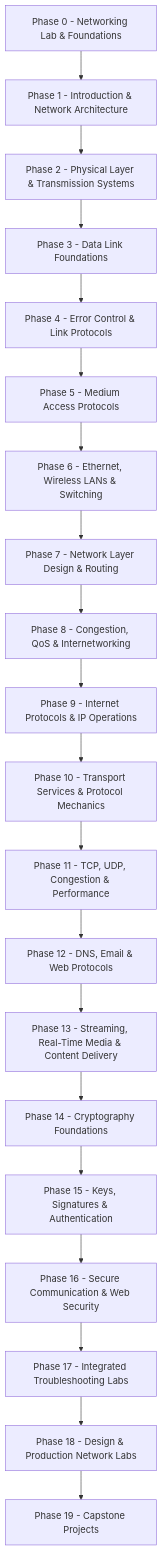
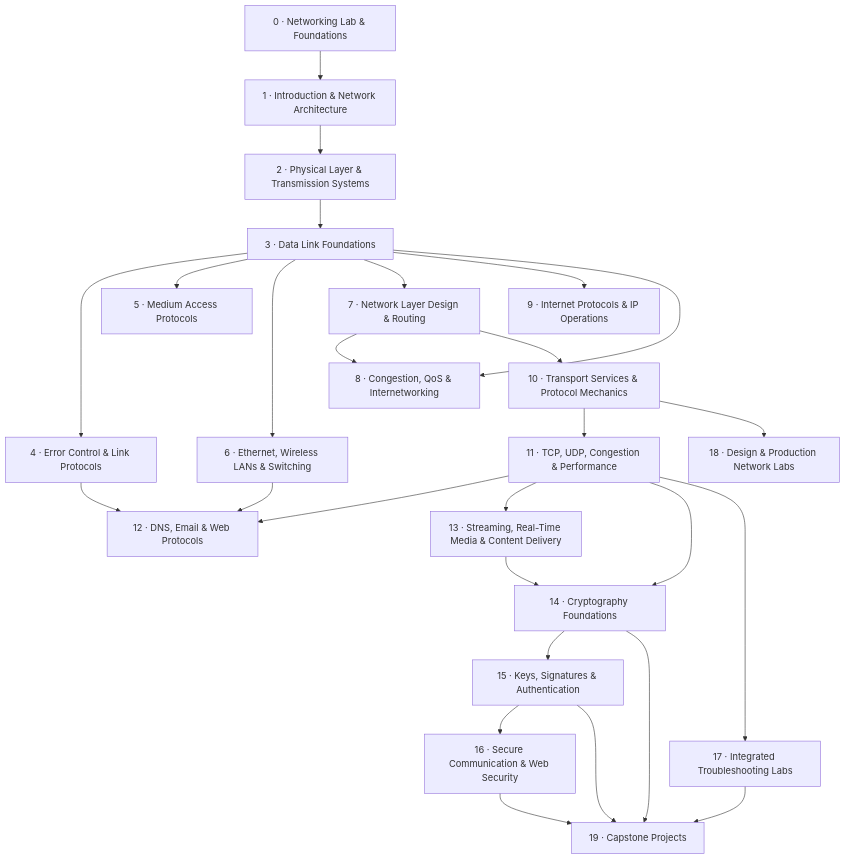
Before and after one commit to ambicuity/course-computer-networks: the diagram in README.md, drawn with Mermaid. The commit also changed other lines of this file and 53 other files, not shown here.

First line of the commit message:
Remove source-material files; fix curriculum diagram to show the real prerequisite tree

````diff
--- a/README.md
+++ b/README.md
@@ -33,22 +35,45 @@
 ```mermaid
 flowchart TB
-  P0["Phase 0 - Networking Lab & Foundations"] --> P1["Phase 1 - Introduction & Network Architecture"]
-  P1["Phase 1 - Introduction & Network Architecture"] --> P2["Phase 2 - Physical Layer & Transmission Systems"]
-  P2["Phase 2 - Physical Layer & Transmission Systems"] --> P3["Phase 3 - Data Link Foundations"]
-  P3["Phase 3 - Data Link Foundations"] --> P4["Phase 4 - Error Control & Link Protocols"]
-  P4["Phase 4 - Error Control & Link Protocols"] --> P5["Phase 5 - Medium Access Protocols"]
-  P5["Phase 5 - Medium Access Protocols"] --> P6["Phase 6 - Ethernet, Wireless LANs & Switching"]
-  P6["Phase 6 - Ethernet, Wireless LANs & Switching"] --> P7["Phase 7 - Network Layer Design & Routing"]
-  P7["Phase 7 - Network Layer Design & Routing"] --> P8["Phase 8 - Congestion, QoS & Internetworking"]
-  P8["Phase 8 - Congestion, QoS & Internetworking"] --> P9["Phase 9 - Internet Protocols & IP Operations"]
-  P9["Phase 9 - Internet Protocols & IP Operations"] --> P10["Phase 10 - Transport Services & Protocol Mechanics"]
-  P10["Phase 10 - Transport Services & Protocol Mechanics"] --> P11["Phase 11 - TCP, UDP, Congestion & Performance"]
-  P11["Phase 11 - TCP, UDP, Congestion & Performance"] --> P12["Phase 12 - DNS, Email & Web Protocols"]
-  P12["Phase 12 - DNS, Email & Web Protocols"] --> P13["Phase 13 - Streaming, Real-Time Media & Content Delivery"]
-  P13["Phase 13 - Streaming, Real-Time Media & Content Delivery"] --> P14["Phase 14 - Cryptography Foundations"]
-  P14["Phase 14 - Cryptography Foundations"] --> P15["Phase 15 - Keys, Signatures & Authentication"]
-  P15["Phase 15 - Keys, Signatures & Authentication"] --> P16["Phase 16 - Secure Communication & Web Security"]
-  P16["Phase 16 - Secure Communication & Web Security"] --> P17["Phase 17 - Integrated Troubleshooting Labs"]
-  P17["Phase 17 - Integrated Troubleshooting Labs"] --> P18["Phase 18 - Design & Production Network Labs"]
-  P18["Phase 18 - Design & Production Network Labs"] --> P19["Phase 19 - Capstone Projects"]
+  P0["0 · Networking Lab & Foundations"]
+  P1["1 · Introduction & Network Architecture"]
+  P2["2 · Physical Layer & Transmission Systems"]
+  P3["3 · Data Link Foundations"]
+  P4["4 · Error Control & Link Protocols"]
+  P5["5 · Medium Access Protocols"]
+  P6["6 · Ethernet, Wireless LANs & Switching"]
+  P7["7 · Network Layer Design & Routing"]
+  P8["8 · Congestion, QoS & Internetworking"]
+  P9["9 · Internet Protocols & IP Operations"]
+  P10["10 · Transport Services & Protocol Mechanics"]
+  P11["11 · TCP, UDP, Congestion & Performance"]
+  P12["12 · DNS, Email & Web Protocols"]
+  P13["13 · Streaming, Real-Time Media & Content Delivery"]
+  P14["14 · Cryptography Foundations"]
+  P15["15 · Keys, Signatures & Authentication"]
+  P16["16 · Secure Communication & Web Security"]
+  P17["17 · Integrated Troubleshooting Labs"]
+  P18["18 · Design & Production Network Labs"]
+  P19["19 · Capstone Projects"]
+
+  P0 --> P1 --> P2 --> P3
+  P3 --> P4
+  P3 --> P5
+  P3 --> P6
+  P3 --> P7
+  P3 --> P9
+  P3 --> P8
+  P7 --> P8
+  P7 --> P10 --> P11
+  P4 --> P12
+  P6 --> P12
+  P11 --> P12
+  P11 --> P13 --> P14
+  P11 --> P14
+  P14 --> P15 --> P16
+  P11 --> P17
+  P10 --> P18
+  P14 --> P19
+  P15 --> P19
+  P16 --> P19
+  P17 --> P19
 ```
````
